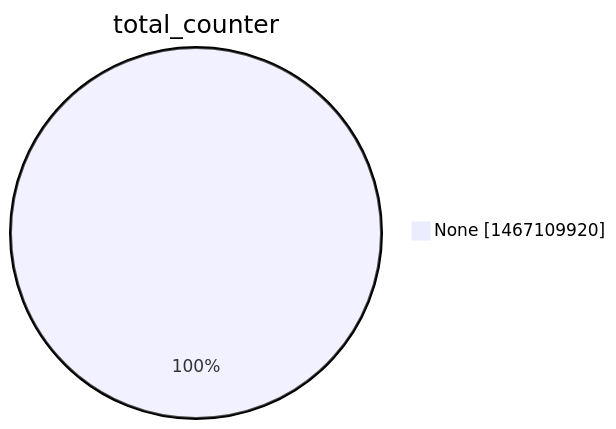
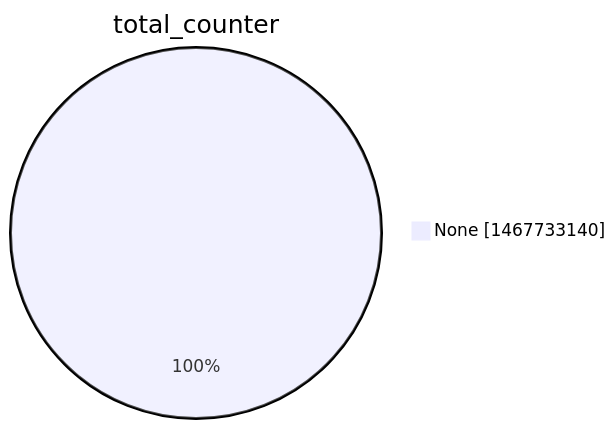
Before and after one commit to christiankrug/ctmonitor_visualization: the second of 15 diagrams in argon2022/README.md, drawn with Mermaid. The commit also changed other lines of this file, not shown here.

````diff
--- a/argon2022/README.md
+++ b/argon2022/README.md
@@ -9,5 +9,5 @@
 ```mermaid
 pie showData
 title total_counter
-"None" :1467109920
+"None" :1467733140
 ```
````
